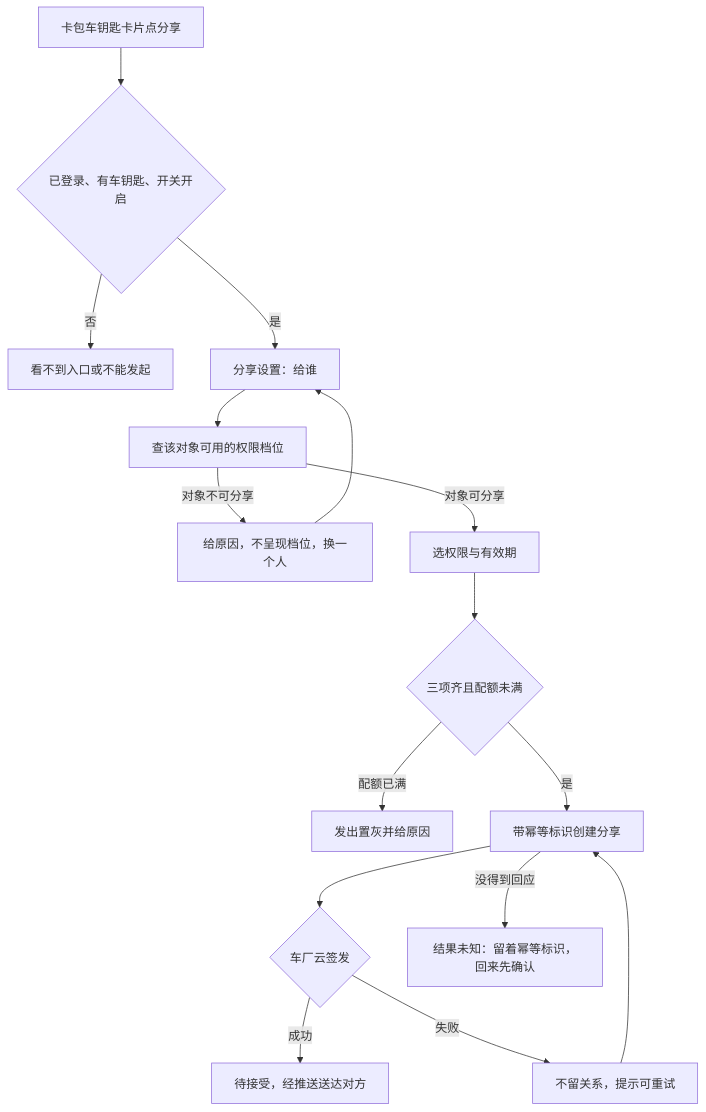
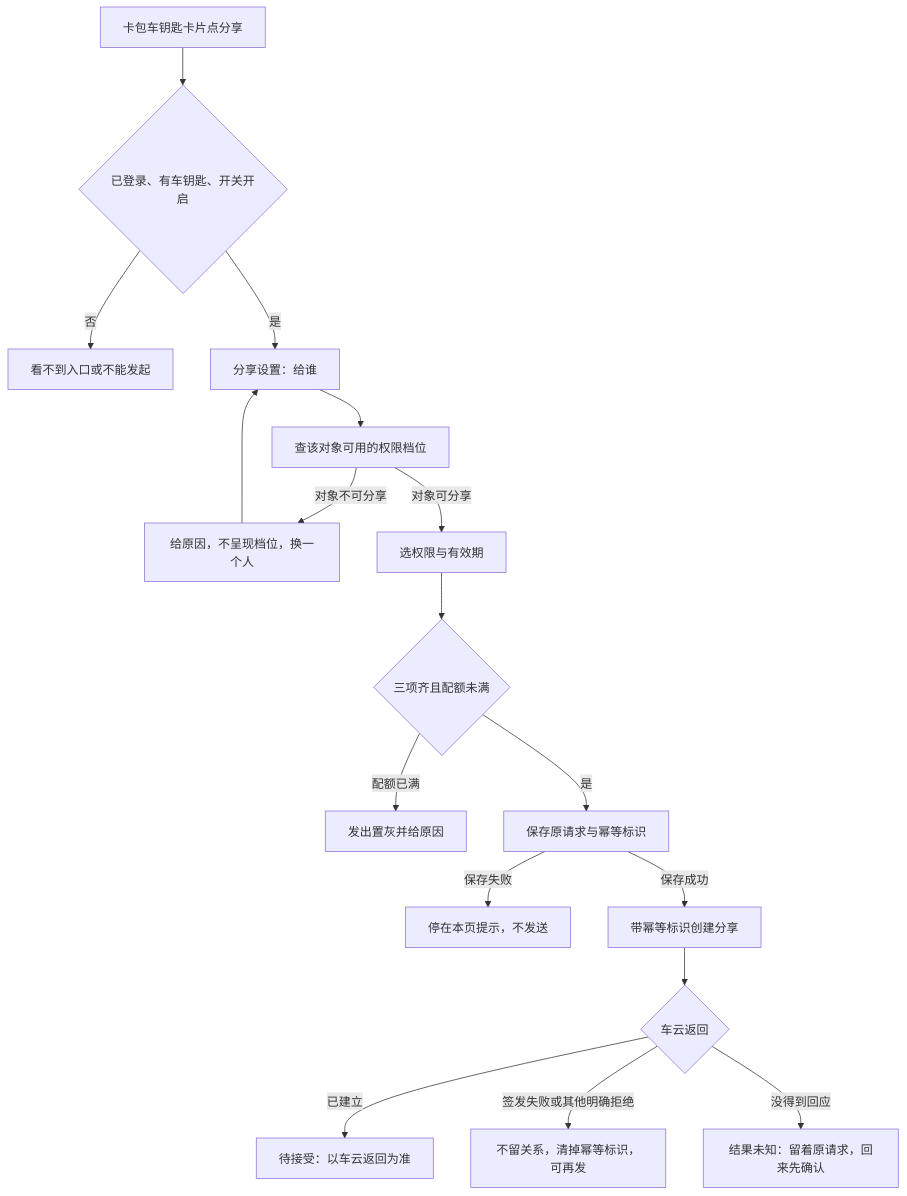
Before and after one commit to sqsqsq/SimulatedWalletForHmos: the first of 5 diagrams in doc/plan/1.9.9/金样候选/car-key-sharing/spec/spec.md, drawn with Mermaid. The commit also changed other lines of this file and 20 other files, not shown here.

````diff
--- a/doc/plan/1.9.9/金样候选/car-key-sharing/spec/spec.md
+++ b/doc/plan/1.9.9/金样候选/car-key-sharing/spec/spec.md
@@ -219,18 +244,19 @@
 ```mermaid
 flowchart TD
     A[卡包车钥匙卡片点分享] --> G0{已登录、有车钥匙、开关开启}
     G0 -->|否| X[看不到入口或不能发起]
     G0 -->|是| B[分享设置：给谁]
     B --> C[查该对象可用的权限档位]
     C -->|对象不可分享| E[给原因，不呈现档位，换一个人]
     E --> B
     C -->|对象可分享| D[选权限与有效期]
     D --> Q{三项齐且配额未满}
     Q -->|配额已满| QF[发出置灰并给原因]
-    Q -->|是| F[带幂等标识创建分享]
-    F --> H{车厂云签发}
-    H -->|成功| I[待接受，经推送送达对方]
-    H -->|失败| J[不留关系，提示可重试]
-    J --> F
-    F -->|没得到回应| UK[结果未知：留着幂等标识，回来先确认]
+    Q -->|是| SV[保存原请求与幂等标识]
+    SV -->|保存失败| SF[停在本页提示，不发送]
+    SV -->|保存成功| F[带幂等标识创建分享]
+    F --> H{车云返回}
+    H -->|已建立| I[待接受：以车云返回为准]
+    H -->|签发失败或其他明确拒绝| J[不留关系，清掉幂等标识，可再发]
+    H -->|没得到回应| UK[结果未知：留着原请求，回来先确认]
 ```
````
